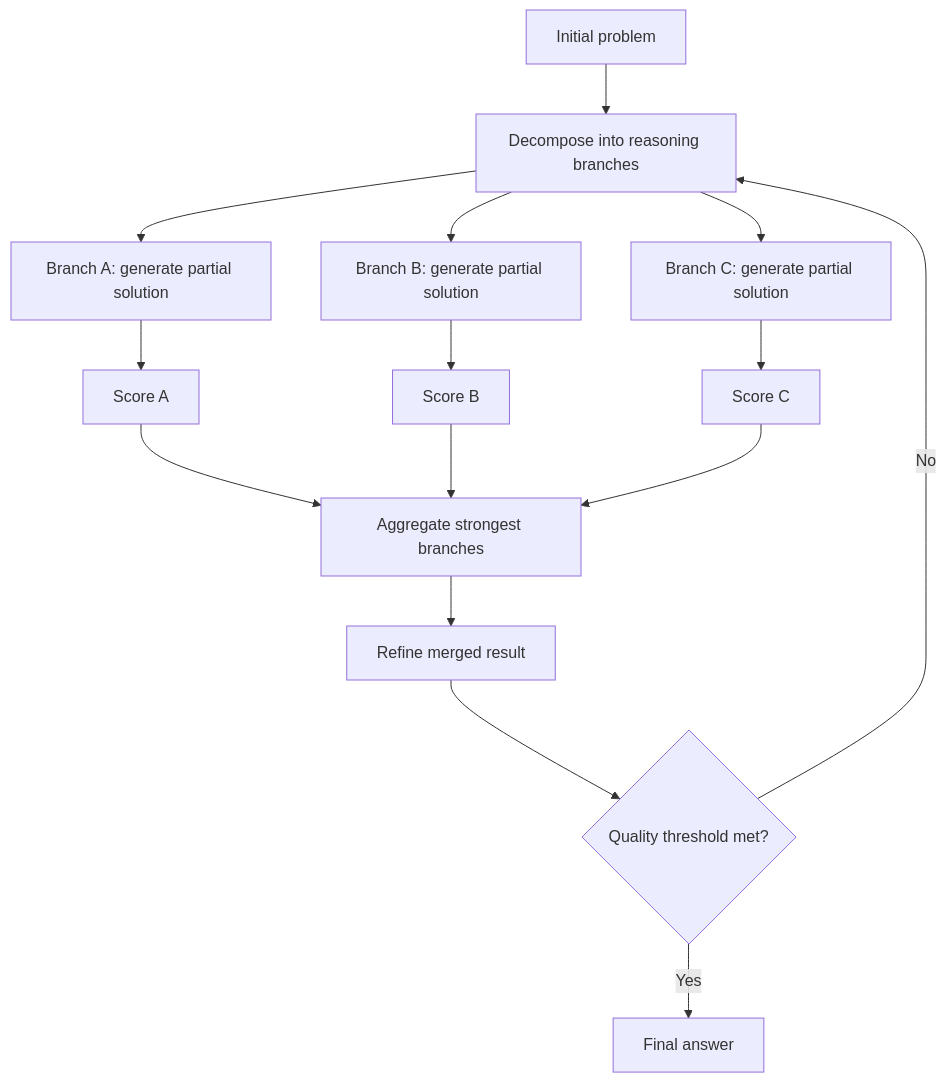
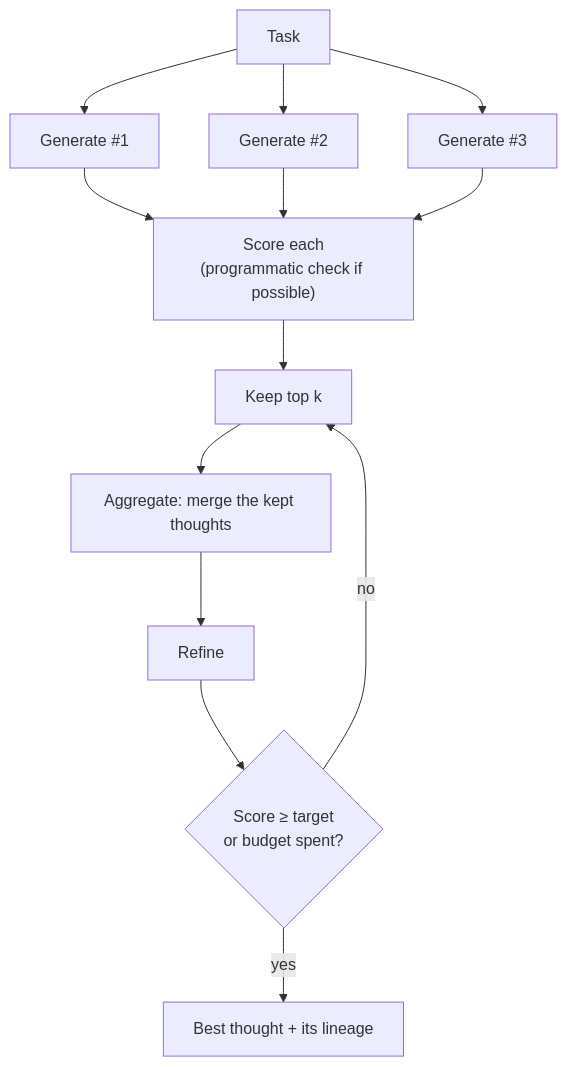
One commit to PrajwalAmte/AI-Engineering-Patterns changed the diagram in content/patterns/graph-patterns/graph-of-thoughts.md. Above: the diagram before and after it, drawn with Mermaid. The commit also changed other lines of this file and 190 other files, not shown here.

```diff
--- a/content/patterns/graph-patterns/graph-of-thoughts.md
+++ b/content/patterns/graph-patterns/graph-of-thoughts.md
@@ -32,17 +33,13 @@
 <pre class="mermaid">
 flowchart TD
-    A["Initial problem"] --> B["Decompose into reasoning branches"]
-    B --> C1["Branch A: generate partial solution"]
-    B --> C2["Branch B: generate partial solution"]
-    B --> C3["Branch C: generate partial solution"]
-    C1 --> D1["Score A"]
-    C2 --> D2["Score B"]
-    C3 --> D3["Score C"]
-    D1 --> E["Aggregate strongest branches"]
-    D2 --> E
-    D3 --> E
-    E --> F["Refine merged result"]
-    F --> G{"Quality threshold met?"}
-    G -->|"No"| B
-    G -->|"Yes"| H["Final answer"]
+    T["Task"] --> G1["Generate #1"]
+    T --> G2["Generate #2"]
+    T --> G3["Generate #3"]
+    G1 & G2 & G3 --> S["Score each<br/>(programmatic check if possible)"]
+    S --> K["Keep top k"]
+    K --> A["Aggregate: merge the kept thoughts"]
+    A --> R["Refine"]
+    R --> D{"Score ≥ target<br/>or budget spent?"}
+    D -->|"no"| K
+    D -->|"yes"| B["Best thought + its lineage"]
 </pre>
```
